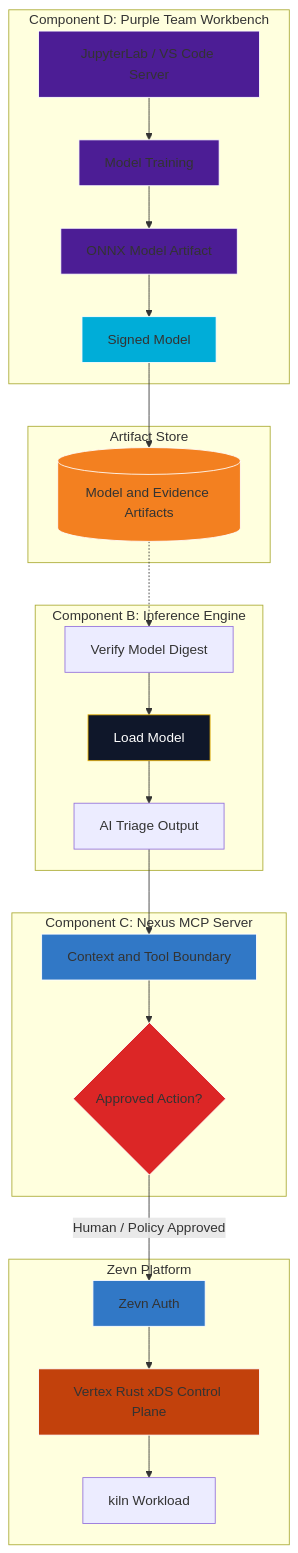
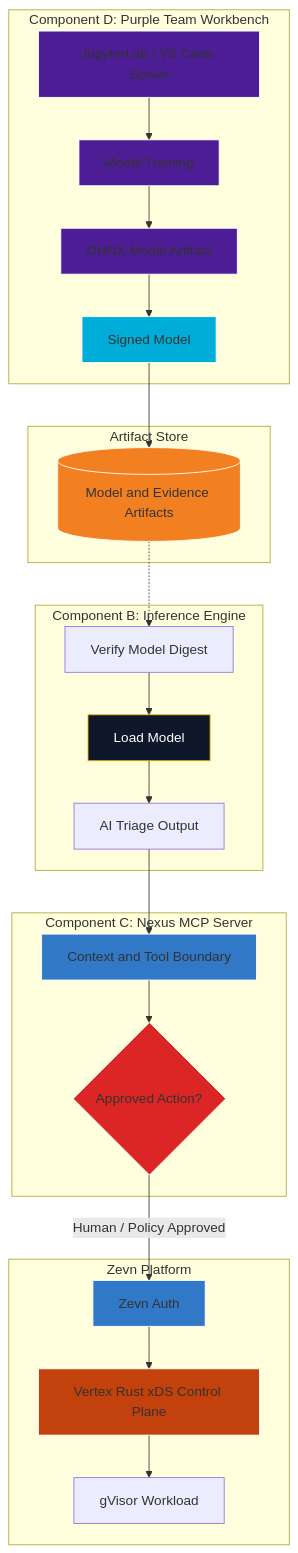
One commit to acald-creator/core-nexus changed the diagram in docs/architecture/07-mcp-workbench.md. Above: the diagram before and after it, drawn with Mermaid. The commit also changed 8 other files, not shown here.

Commit message:
docs: pivot phase 2 architecture from custom kiln engine to gVisor runsc

````diff
--- a/docs/architecture/07-mcp-workbench.md
+++ b/docs/architecture/07-mcp-workbench.md
@@ -55,53 +55,53 @@
 ```mermaid
 graph TD
     subgraph "Component D: Purple Team Workbench"
         A[JupyterLab / VS Code Server]
         B[Model Training]
         C[ONNX Model Artifact]
         D[Signed Model]
         A --> B
         B --> C
         C --> D
     end
 
     subgraph "Artifact Store"
         E[(Model and Evidence Artifacts)]
         D --> E
     end
 
     subgraph "Component B: Inference Engine"
         F[Verify Model Digest]
         G[Load Model]
         H[AI Triage Output]
         E -.-> F
         F --> G
         G --> H
     end
 
     subgraph "Component C: Nexus MCP Server"
         I[Context and Tool Boundary]
         J{Approved Action?}
         H --> I
         I --> J
     end
 
     subgraph "Zevn Platform"
         K[Zevn Auth]
         L[Vertex Rust xDS Control Plane]
-        M[kiln Workload]
+        M[gVisor Workload]
         J -->|Human / Policy Approved| K
         K --> L
         L --> M
     end
 
     style A fill:#4c1d95,stroke:#fff
     style B fill:#4c1d95,stroke:#fff
     style C fill:#4c1d95,stroke:#fff
     style D fill:#00add8,stroke:#fff
     style E fill:#f38020,stroke:#fff
     style G fill:#0f172a,stroke:#eab308,color:#fff
     style I fill:#3178c6,stroke:#fff
     style J fill:#dc2626,stroke:#fff
     style K fill:#3178c6,stroke:#fff
     style L fill:#c2410c,stroke:#fff
 ```
````
